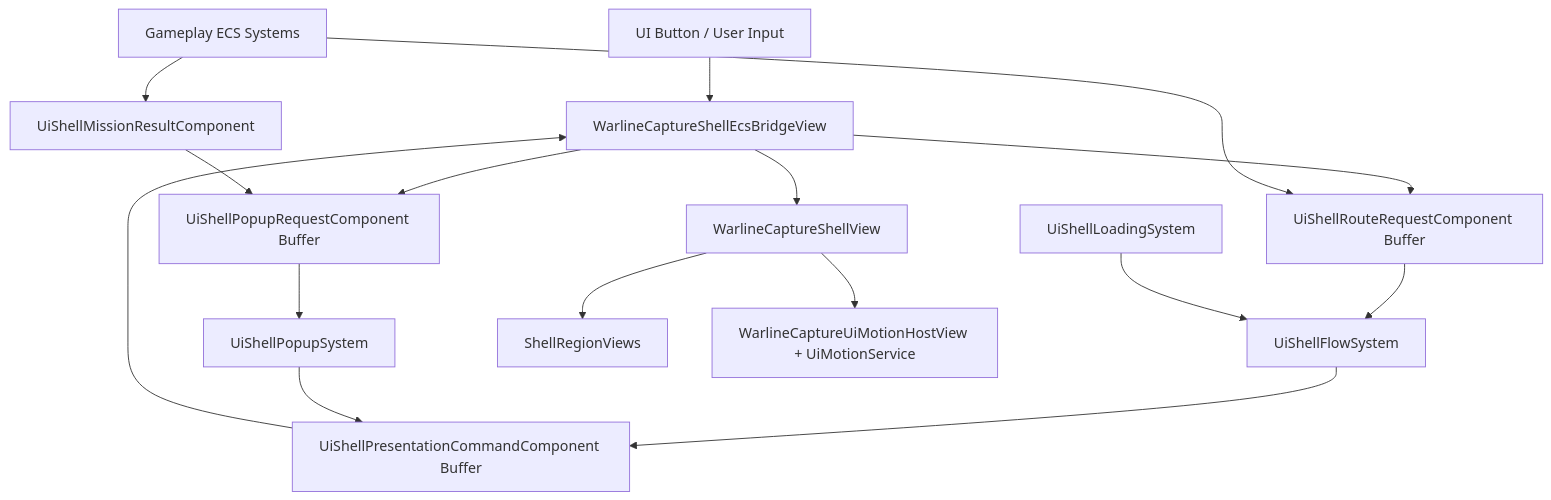
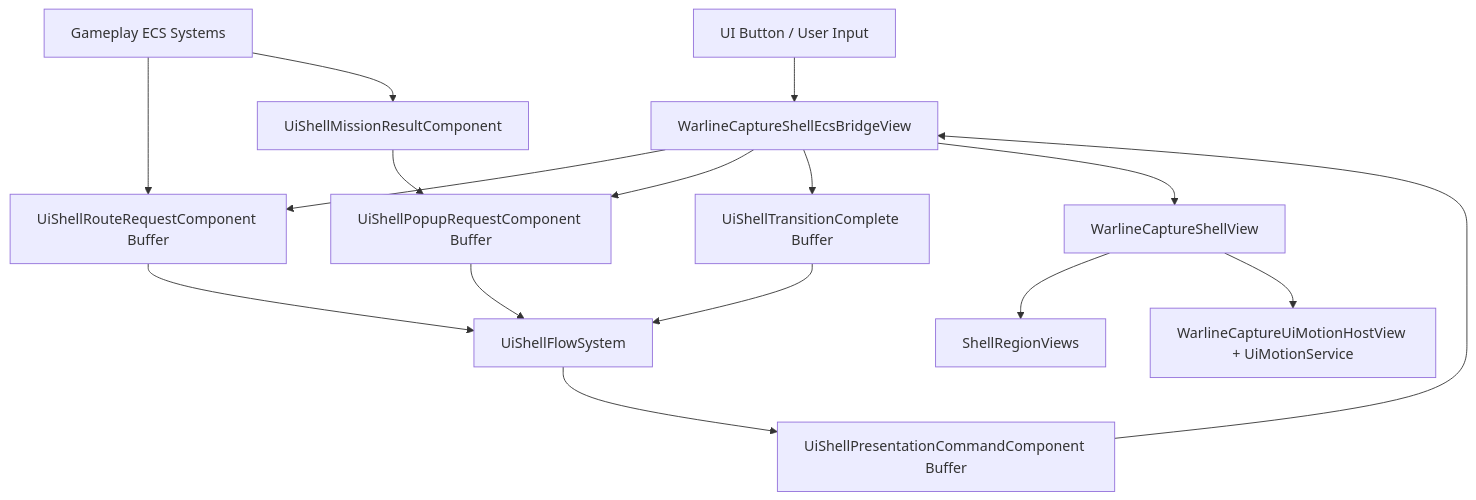
One commit to farhad2na2/WarlineCapture changed the diagram in Design/Architecture/ui_runtime_shell_transition_architecture.md. Above: the diagram before and after it, drawn with Mermaid. The commit also changed other lines of this file and 10 other files, not shown here.

Commit message:
Architecture and refactoring

````diff
--- a/Design/Architecture/ui_runtime_shell_transition_architecture.md
+++ b/Design/Architecture/ui_runtime_shell_transition_architecture.md
@@ -555,32 +622,31 @@
 ```mermaid
 flowchart TD
     UserInput["UI Button / User Input"]
     ShellBridge["WarlineCaptureShellEcsBridgeView"]
     RouteBuffer["UiShellRouteRequestComponent Buffer"]
     PopupBuffer["UiShellPopupRequestComponent Buffer"]
     FlowSystem["UiShellFlowSystem"]
-    LoadingSystem["UiShellLoadingSystem"]
-    PopupSystem["UiShellPopupSystem"]
+    CompleteBuffer["UiShellTransitionComplete Buffer"]
     CommandBuffer["UiShellPresentationCommandComponent Buffer"]
     ShellView["WarlineCaptureShellView"]
     Regions["ShellRegionViews"]
     Motion["WarlineCaptureUiMotionHostView + UiMotionService"]
     GameplaySystems["Gameplay ECS Systems"]
     ResultComponent["UiShellMissionResultComponent"]
 
     UserInput --> ShellBridge
     ShellBridge --> RouteBuffer
     ShellBridge --> PopupBuffer
     GameplaySystems --> RouteBuffer
     GameplaySystems --> ResultComponent
     ResultComponent --> PopupBuffer
     RouteBuffer --> FlowSystem
-    PopupBuffer --> PopupSystem
-    LoadingSystem --> FlowSystem
+    PopupBuffer --> FlowSystem
+    CompleteBuffer --> FlowSystem
     FlowSystem --> CommandBuffer
-    PopupSystem --> CommandBuffer
+    ShellBridge --> CompleteBuffer
     CommandBuffer --> ShellBridge
     ShellBridge --> ShellView
     ShellView --> Regions
     ShellView --> Motion
 ```
````
